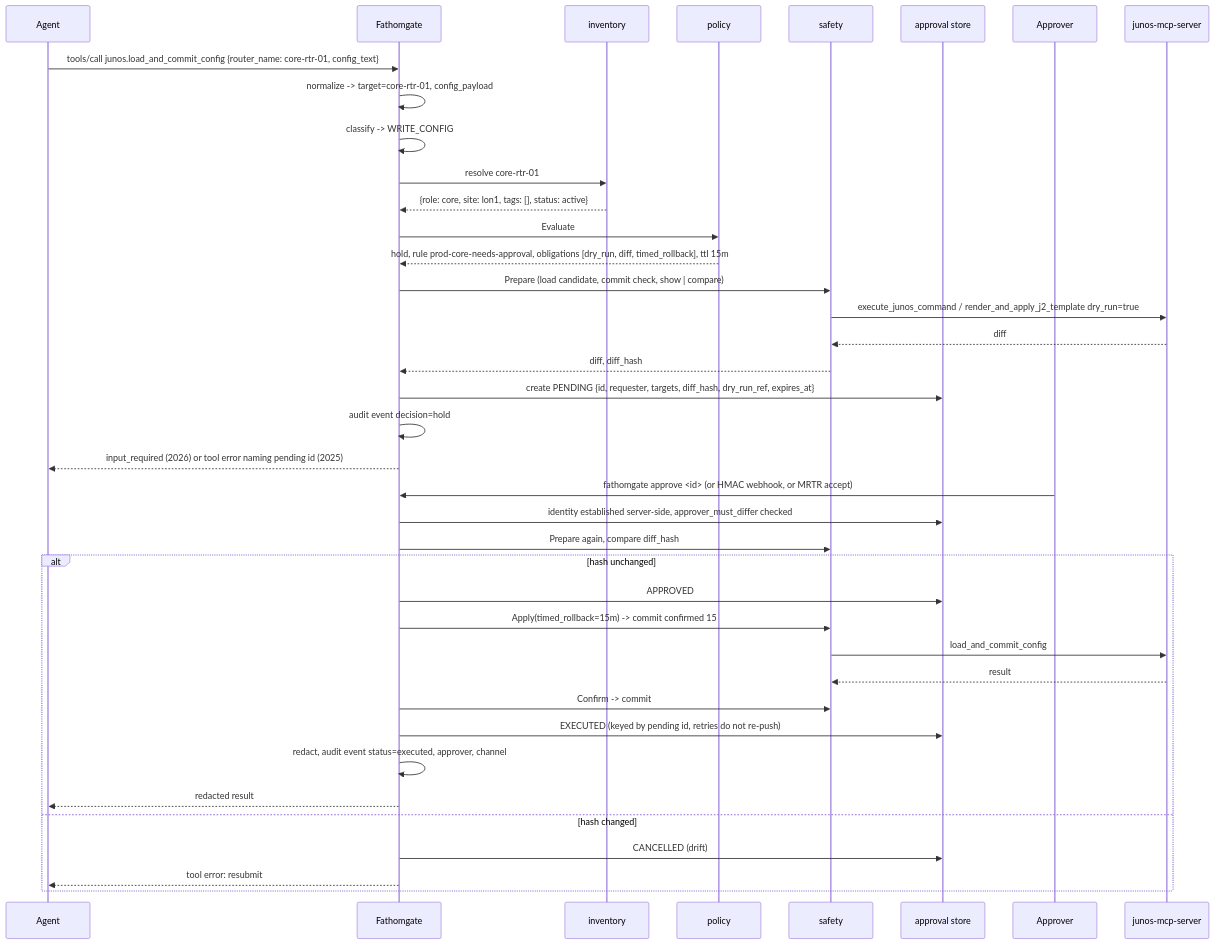
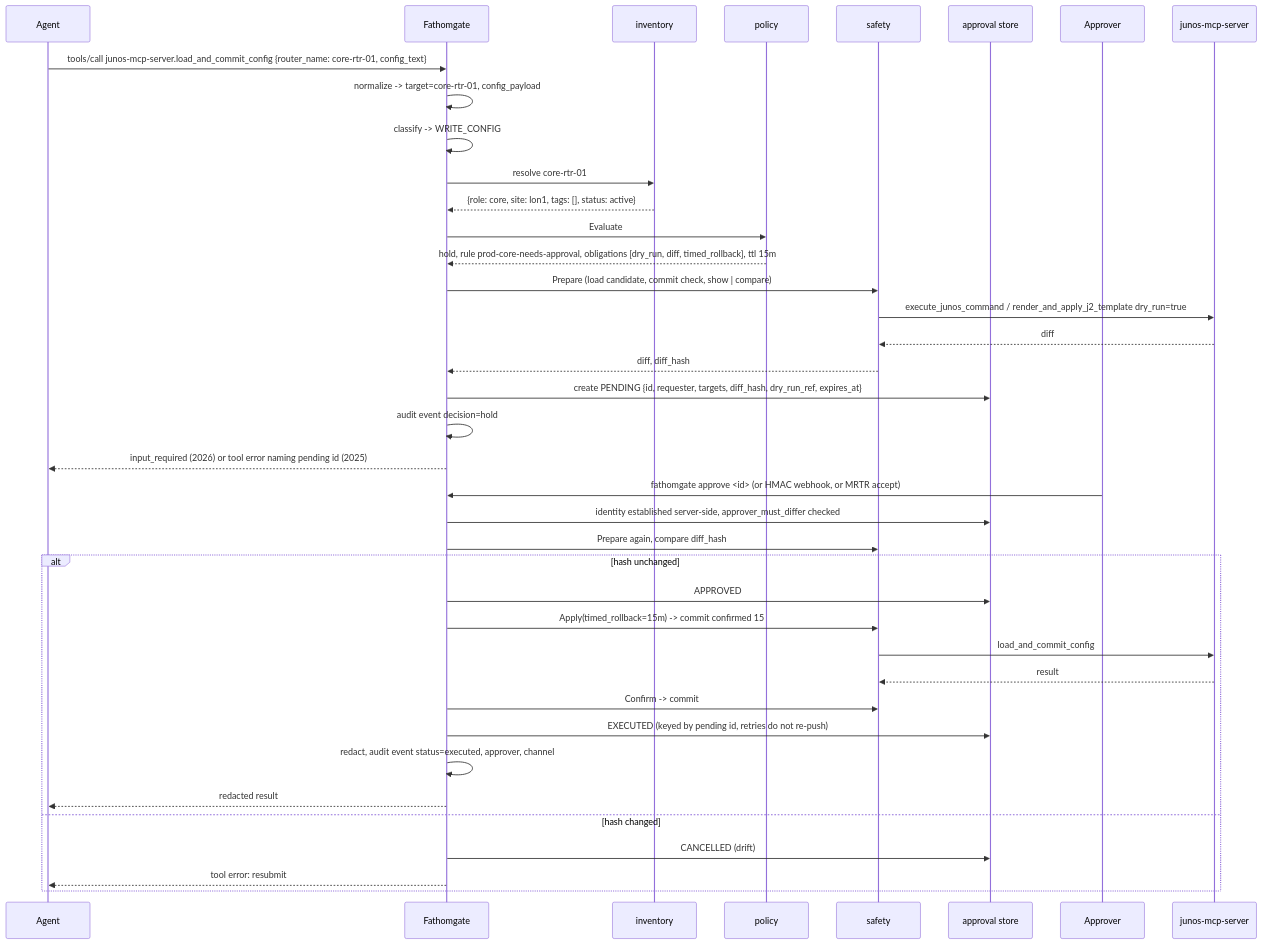
Before and after one commit to fathomgate/fathomgate: the second of 2 diagrams in ARCHITECTURE.md, drawn with Mermaid. The commit also changed 8 other files, not shown here.

````diff
--- a/ARCHITECTURE.md
+++ b/ARCHITECTURE.md
@@ -72,42 +72,42 @@
 ```mermaid
 sequenceDiagram
   participant Agent
   participant Proxy as Fathomgate
   participant Inv as inventory
   participant Pol as policy
   participant Safe as safety
   participant Store as approval store
   participant Approver
   participant Up as junos-mcp-server
 
-  Agent->>Proxy: tools/call junos.load_and_commit_config {router_name: core-rtr-01, config_text}
+  Agent->>Proxy: tools/call junos-mcp-server.load_and_commit_config {router_name: core-rtr-01, config_text}
   Proxy->>Proxy: normalize -> target=core-rtr-01, config_payload
   Proxy->>Proxy: classify -> WRITE_CONFIG
   Proxy->>Inv: resolve core-rtr-01
   Inv-->>Proxy: {role: core, site: lon1, tags: [], status: active}
   Proxy->>Pol: Evaluate
   Pol-->>Proxy: hold, rule prod-core-needs-approval, obligations [dry_run, diff, timed_rollback], ttl 15m
   Proxy->>Safe: Prepare (load candidate, commit check, show | compare)
   Safe->>Up: execute_junos_command / render_and_apply_j2_template dry_run=true
   Up-->>Safe: diff
   Safe-->>Proxy: diff, diff_hash
   Proxy->>Store: create PENDING {id, requester, targets, diff_hash, dry_run_ref, expires_at}
   Proxy->>Proxy: audit event decision=hold
   Proxy-->>Agent: input_required (2026) or tool error naming pending id (2025)
   Approver->>Proxy: fathomgate approve <id>  (or HMAC webhook, or MRTR accept)
   Proxy->>Store: identity established server-side, approver_must_differ checked
   Proxy->>Safe: Prepare again, compare diff_hash
   alt hash unchanged
     Proxy->>Store: APPROVED
     Proxy->>Safe: Apply(timed_rollback=15m) -> commit confirmed 15
     Safe->>Up: load_and_commit_config
     Up-->>Safe: result
     Proxy->>Safe: Confirm -> commit
     Proxy->>Store: EXECUTED (keyed by pending id, retries do not re-push)
     Proxy->>Proxy: redact, audit event status=executed, approver, channel
     Proxy-->>Agent: redacted result
   else hash changed
     Proxy->>Store: CANCELLED (drift)
     Proxy-->>Agent: tool error: resubmit
   end
 ```
````
